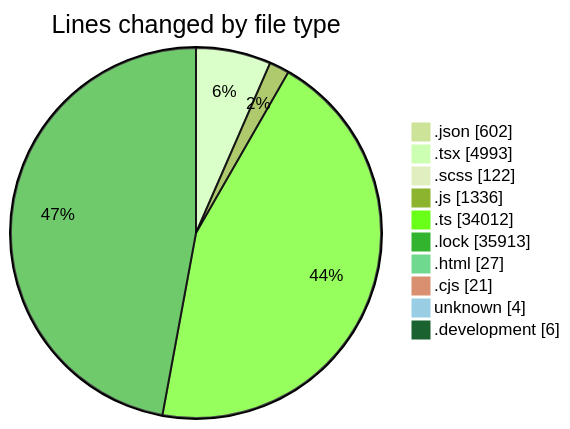
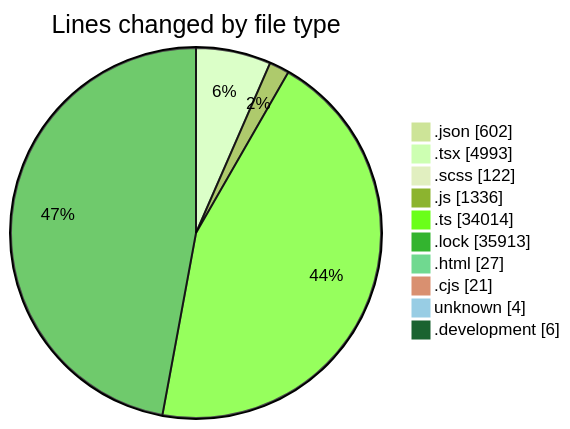
Before and after one commit to momahboobian/code-tracking: the first of 2 diagrams in 2026-09-03/cda/README.md, drawn with Mermaid (forest theme). The commit also changed other lines of this file and 1 other file, not shown here.

````diff
--- a/2026-09-03/cda/README.md
+++ b/2026-09-03/cda/README.md
@@ -81,14 +81,14 @@
 ```mermaid
 pie showData
 title Lines changed by file type
 ".json" : 602
 ".tsx" : 4993
 ".scss" : 122
 ".js" : 1336
-".ts" : 34012
+".ts" : 34014
 ".lock" : 35913
 ".html" : 27
 ".cjs" : 21
 "unknown" : 4
 ".development" : 6
 ```
````
